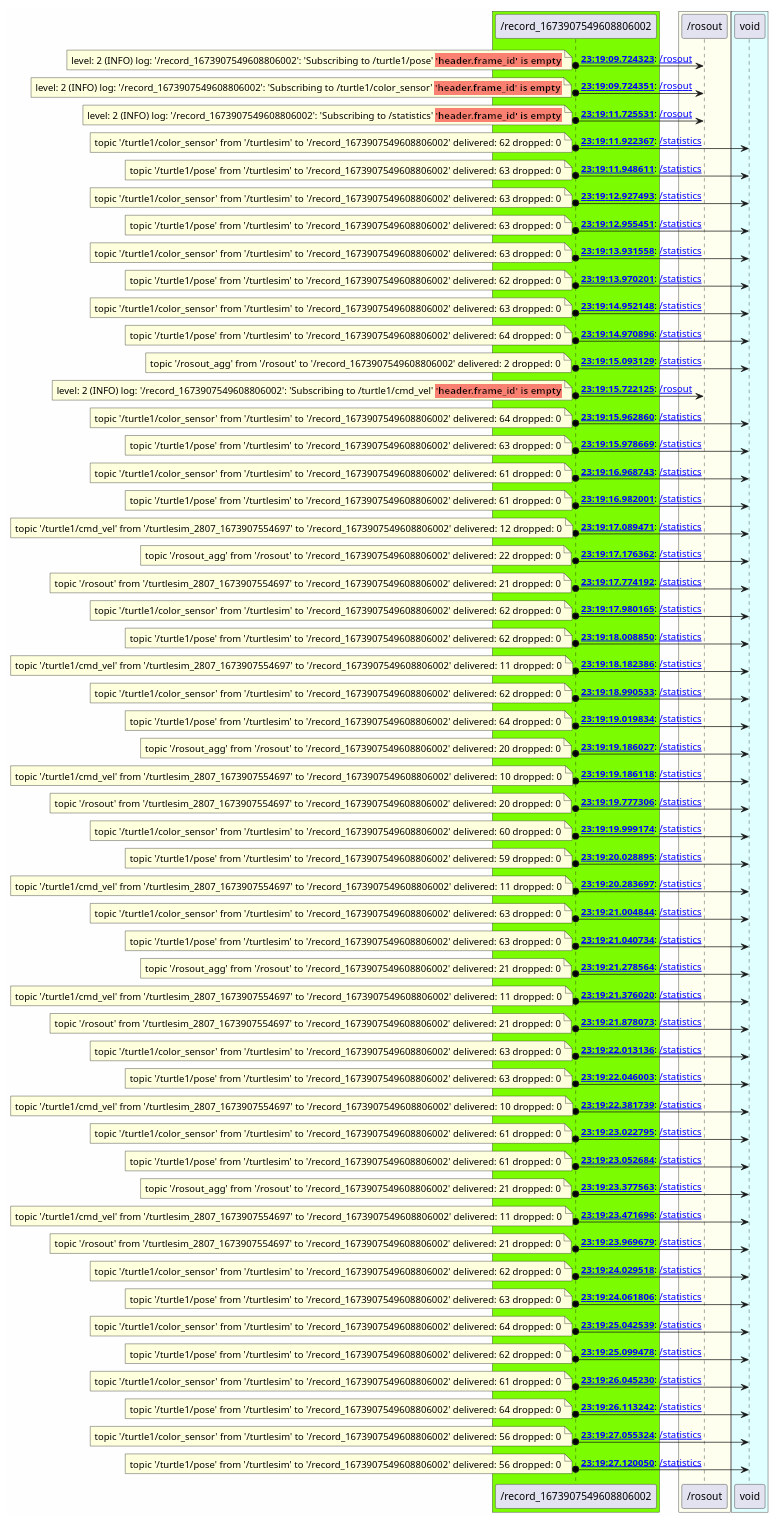
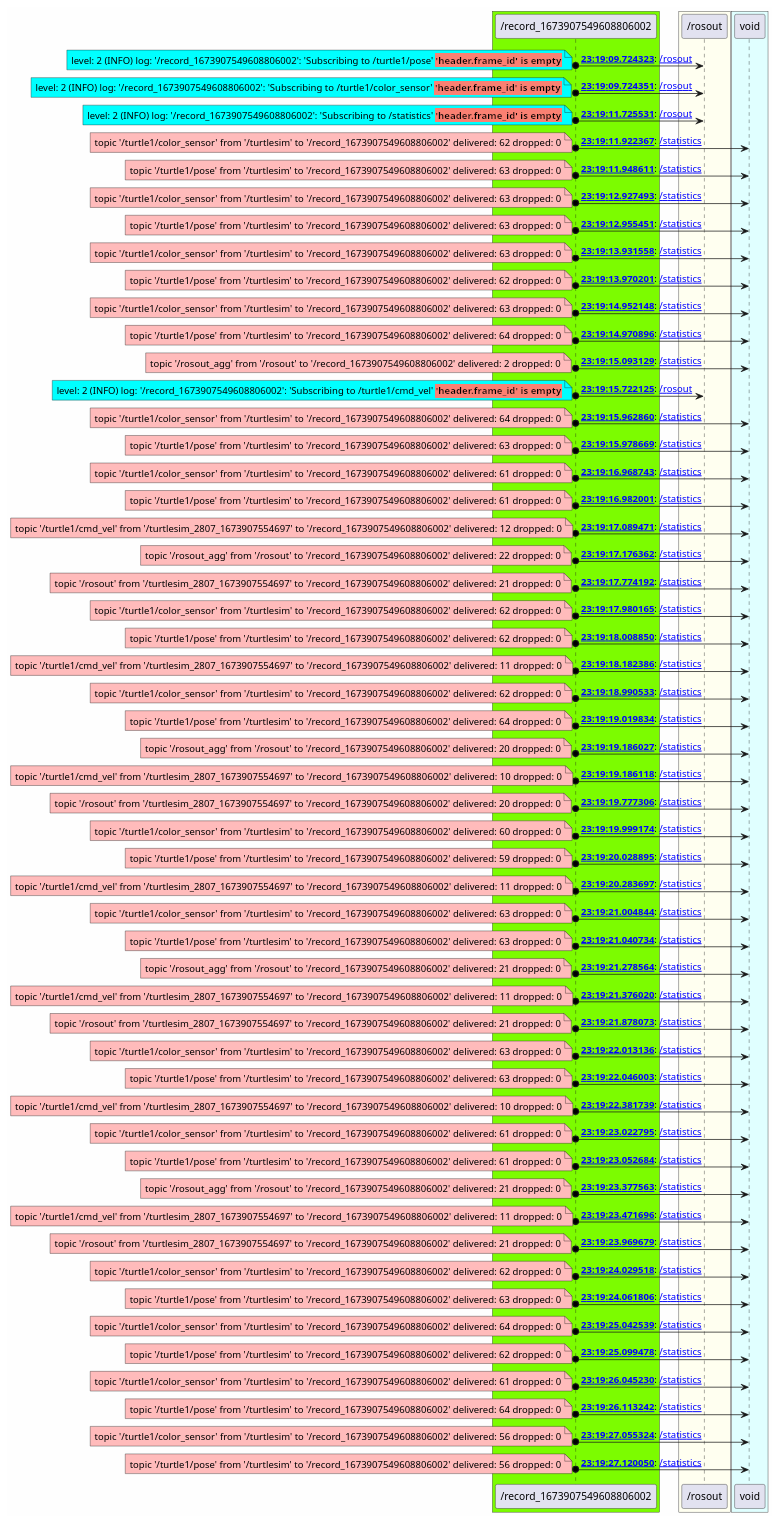
Before and after one commit to anetczuk/ros-diagram-tools: the diagram in examples/turtlesim/rosbag/out/nodes/_record_1673907549608806002.puml, drawn with PlantUML. The commit also changed 345 other files, not shown here.

```diff
--- a/examples/turtlesim/rosbag/out/nodes/_record_1673907549608806002.puml
+++ b/examples/turtlesim/rosbag/out/nodes/_record_1673907549608806002.puml
@@ -13,211 +13,211 @@
 end box
 
 _record_1673907549608806002 o-> _rosout : **[[../msgs/0000000_msg.html {message data} 23:19:09.724323]]**: [[../topics/_rosout.html {topic data} /rosout]]
-note left
+note left #aqua
 level: 2 (INFO) log: '/record_1673907549608806002': 'Subscribing to /turtle1/pose' <b><back:salmon>'header.frame_id' is empty</back></b>
 end note
 _record_1673907549608806002 o-> _rosout : **[[../msgs/0000001_msg.html {message data} 23:19:09.724351]]**: [[../topics/_rosout.html {topic data} /rosout]]
-note left
+note left #aqua
 level: 2 (INFO) log: '/record_1673907549608806002': 'Subscribing to /turtle1/color_sensor' <b><back:salmon>'header.frame_id' is empty</back></b>
 end note
 _record_1673907549608806002 o-> _rosout : **[[../msgs/0000228_msg.html {message data} 23:19:11.725531]]**: [[../topics/_rosout.html {topic data} /rosout]]
-note left
+note left #aqua
 level: 2 (INFO) log: '/record_1673907549608806002': 'Subscribing to /statistics' <b><back:salmon>'header.frame_id' is empty</back></b>
 end note
 _record_1673907549608806002 o-> void : **[[../msgs/0000254_msg.html {message data} 23:19:11.922367]]**: [[../topics/_statistics.html {topic data} /statistics]]
-note left
+note left #FFBBBB
 topic '/turtle1/color_sensor' from '/turtlesim' to '/record_1673907549608806002' delivered: 62 dropped: 0
 end note
 _record_1673907549608806002 o-> void : **[[../msgs/0000259_msg.html {message data} 23:19:11.948611]]**: [[../topics/_statistics.html {topic data} /statistics]]
-note left
+note left #FFBBBB
 topic '/turtle1/pose' from '/turtlesim' to '/record_1673907549608806002' delivered: 63 dropped: 0
 end note
 _record_1673907549608806002 o-> void : **[[../msgs/0000382_msg.html {message data} 23:19:12.927493]]**: [[../topics/_statistics.html {topic data} /statistics]]
-note left
+note left #FFBBBB
 topic '/turtle1/color_sensor' from '/turtlesim' to '/record_1673907549608806002' delivered: 63 dropped: 0
 end note
 _record_1673907549608806002 o-> void : **[[../msgs/0000387_msg.html {message data} 23:19:12.955451]]**: [[../topics/_statistics.html {topic data} /statistics]]
-note left
+note left #FFBBBB
 topic '/turtle1/pose' from '/turtlesim' to '/record_1673907549608806002' delivered: 63 dropped: 0
 end note
 _record_1673907549608806002 o-> void : **[[../msgs/0000510_msg.html {message data} 23:19:13.931558]]**: [[../topics/_statistics.html {topic data} /statistics]]
-note left
+note left #FFBBBB
 topic '/turtle1/color_sensor' from '/turtlesim' to '/record_1673907549608806002' delivered: 63 dropped: 0
 end note
 _record_1673907549608806002 o-> void : **[[../msgs/0000515_msg.html {message data} 23:19:13.970201]]**: [[../topics/_statistics.html {topic data} /statistics]]
-note left
+note left #FFBBBB
 topic '/turtle1/pose' from '/turtlesim' to '/record_1673907549608806002' delivered: 62 dropped: 0
 end note
 _record_1673907549608806002 o-> void : **[[../msgs/0000638_msg.html {message data} 23:19:14.952148]]**: [[../topics/_statistics.html {topic data} /statistics]]
-note left
+note left #FFBBBB
 topic '/turtle1/color_sensor' from '/turtlesim' to '/record_1673907549608806002' delivered: 63 dropped: 0
 end note
 _record_1673907549608806002 o-> void : **[[../msgs/0000643_msg.html {message data} 23:19:14.970896]]**: [[../topics/_statistics.html {topic data} /statistics]]
-note left
+note left #FFBBBB
 topic '/turtle1/pose' from '/turtlesim' to '/record_1673907549608806002' delivered: 64 dropped: 0
 end note
 _record_1673907549608806002 o-> void : **[[../msgs/0000660_msg.html {message data} 23:19:15.093129]]**: [[../topics/_statistics.html {topic data} /statistics]]
-note left
+note left #FFBBBB
 topic '/rosout_agg' from '/rosout' to '/record_1673907549608806002' delivered: 2 dropped: 0
 end note
 _record_1673907549608806002 o-> _rosout : **[[../msgs/0000751_msg.html {message data} 23:19:15.722125]]**: [[../topics/_rosout.html {topic data} /rosout]]
-note left
+note left #aqua
 level: 2 (INFO) log: '/record_1673907549608806002': 'Subscribing to /turtle1/cmd_vel' <b><back:salmon>'header.frame_id' is empty</back></b>
 end note
 _record_1673907549608806002 o-> void : **[[../msgs/0000789_msg.html {message data} 23:19:15.962860]]**: [[../topics/_statistics.html {topic data} /statistics]]
-note left
+note left #FFBBBB
 topic '/turtle1/color_sensor' from '/turtlesim' to '/record_1673907549608806002' delivered: 64 dropped: 0
 end note
 _record_1673907549608806002 o-> void : **[[../msgs/0000795_msg.html {message data} 23:19:15.978669]]**: [[../topics/_statistics.html {topic data} /statistics]]
-note left
+note left #FFBBBB
 topic '/turtle1/pose' from '/turtlesim' to '/record_1673907549608806002' delivered: 63 dropped: 0
 end note
 _record_1673907549608806002 o-> void : **[[../msgs/0000943_msg.html {message data} 23:19:16.968743]]**: [[../topics/_statistics.html {topic data} /statistics]]
-note left
+note left #FFBBBB
 topic '/turtle1/color_sensor' from '/turtlesim' to '/record_1673907549608806002' delivered: 61 dropped: 0
 end note
 _record_1673907549608806002 o-> void : **[[../msgs/0000949_msg.html {message data} 23:19:16.982001]]**: [[../topics/_statistics.html {topic data} /statistics]]
-note left
+note left #FFBBBB
 topic '/turtle1/pose' from '/turtlesim' to '/record_1673907549608806002' delivered: 61 dropped: 0
 end note
 _record_1673907549608806002 o-> void : **[[../msgs/0000964_msg.html {message data} 23:19:17.089471]]**: [[../topics/_statistics.html {topic data} /statistics]]
-note left
+note left #FFBBBB
 topic '/turtle1/cmd_vel' from '/turtlesim_2807_1673907554697' to '/record_1673907549608806002' delivered: 12 dropped: 0
 end note
 _record_1673907549608806002 o-> void : **[[../msgs/0000981_msg.html {message data} 23:19:17.176362]]**: [[../topics/_statistics.html {topic data} /statistics]]
-note left
+note left #FFBBBB
 topic '/rosout_agg' from '/rosout' to '/record_1673907549608806002' delivered: 22 dropped: 0
 end note
 _record_1673907549608806002 o-> void : **[[../msgs/0001070_msg.html {message data} 23:19:17.774192]]**: [[../topics/_statistics.html {topic data} /statistics]]
-note left
+note left #FFBBBB
 topic '/rosout' from '/turtlesim_2807_1673907554697' to '/record_1673907549608806002' delivered: 21 dropped: 0
 end note
 _record_1673907549608806002 o-> void : **[[../msgs/0001105_msg.html {message data} 23:19:17.980165]]**: [[../topics/_statistics.html {topic data} /statistics]]
-note left
+note left #FFBBBB
 topic '/turtle1/color_sensor' from '/turtlesim' to '/record_1673907549608806002' delivered: 62 dropped: 0
 end note
 _record_1673907549608806002 o-> void : **[[../msgs/0001108_msg.html {message data} 23:19:18.008850]]**: [[../topics/_statistics.html {topic data} /statistics]]
-note left
+note left #FFBBBB
 topic '/turtle1/pose' from '/turtlesim' to '/record_1673907549608806002' delivered: 62 dropped: 0
 end note
 _record_1673907549608806002 o-> void : **[[../msgs/0001137_msg.html {message data} 23:19:18.182386]]**: [[../topics/_statistics.html {topic data} /statistics]]
-note left
+note left #FFBBBB
 topic '/turtle1/cmd_vel' from '/turtlesim_2807_1673907554697' to '/record_1673907549608806002' delivered: 11 dropped: 0
 end note
 _record_1673907549608806002 o-> void : **[[../msgs/0001263_msg.html {message data} 23:19:18.990533]]**: [[../topics/_statistics.html {topic data} /statistics]]
-note left
+note left #FFBBBB
 topic '/turtle1/color_sensor' from '/turtlesim' to '/record_1673907549608806002' delivered: 62 dropped: 0
 end note
 _record_1673907549608806002 o-> void : **[[../msgs/0001269_msg.html {message data} 23:19:19.019834]]**: [[../topics/_statistics.html {topic data} /statistics]]
-note left
+note left #FFBBBB
 topic '/turtle1/pose' from '/turtlesim' to '/record_1673907549608806002' delivered: 64 dropped: 0
 end note
 _record_1673907549608806002 o-> void : **[[../msgs/0001292_msg.html {message data} 23:19:19.186027]]**: [[../topics/_statistics.html {topic data} /statistics]]
-note left
+note left #FFBBBB
 topic '/rosout_agg' from '/rosout' to '/record_1673907549608806002' delivered: 20 dropped: 0
 end note
 _record_1673907549608806002 o-> void : **[[../msgs/0001293_msg.html {message data} 23:19:19.186118]]**: [[../topics/_statistics.html {topic data} /statistics]]
-note left
+note left #FFBBBB
 topic '/turtle1/cmd_vel' from '/turtlesim_2807_1673907554697' to '/record_1673907549608806002' delivered: 10 dropped: 0
 end note
 _record_1673907549608806002 o-> void : **[[../msgs/0001380_msg.html {message data} 23:19:19.777306]]**: [[../topics/_statistics.html {topic data} /statistics]]
-note left
+note left #FFBBBB
 topic '/rosout' from '/turtlesim_2807_1673907554697' to '/record_1673907549608806002' delivered: 20 dropped: 0
 end note
 _record_1673907549608806002 o-> void : **[[../msgs/0001417_msg.html {message data} 23:19:19.999174]]**: [[../topics/_statistics.html {topic data} /statistics]]
-note left
+note left #FFBBBB
 topic '/turtle1/color_sensor' from '/turtlesim' to '/record_1673907549608806002' delivered: 60 dropped: 0
 end note
 _record_1673907549608806002 o-> void : **[[../msgs/0001422_msg.html {message data} 23:19:20.028895]]**: [[../topics/_statistics.html {topic data} /statistics]]
-note left
+note left #FFBBBB
 topic '/turtle1/pose' from '/turtlesim' to '/record_1673907549608806002' delivered: 59 dropped: 0
 end note
 _record_1673907549608806002 o-> void : **[[../msgs/0001460_msg.html {message data} 23:19:20.283697]]**: [[../topics/_statistics.html {topic data} /statistics]]
-note left
+note left #FFBBBB
 topic '/turtle1/cmd_vel' from '/turtlesim_2807_1673907554697' to '/record_1673907549608806002' delivered: 11 dropped: 0
 end note
 _record_1673907549608806002 o-> void : **[[../msgs/0001576_msg.html {message data} 23:19:21.004844]]**: [[../topics/_statistics.html {topic data} /statistics]]
-note left
+note left #FFBBBB
 topic '/turtle1/color_sensor' from '/turtlesim' to '/record_1673907549608806002' delivered: 63 dropped: 0
 end note
 _record_1673907549608806002 o-> void : **[[../msgs/0001581_msg.html {message data} 23:19:21.040734]]**: [[../topics/_statistics.html {topic data} /statistics]]
-note left
+note left #FFBBBB
 topic '/turtle1/pose' from '/turtlesim' to '/record_1673907549608806002' delivered: 63 dropped: 0
 end note
 _record_1673907549608806002 o-> void : **[[../msgs/0001621_msg.html {message data} 23:19:21.278564]]**: [[../topics/_statistics.html {topic data} /statistics]]
-note left
+note left #FFBBBB
 topic '/rosout_agg' from '/rosout' to '/record_1673907549608806002' delivered: 21 dropped: 0
 end note
 _record_1673907549608806002 o-> void : **[[../msgs/0001637_msg.html {message data} 23:19:21.376020]]**: [[../topics/_statistics.html {topic data} /statistics]]
-note left
+note left #FFBBBB
 topic '/turtle1/cmd_vel' from '/turtlesim_2807_1673907554697' to '/record_1673907549608806002' delivered: 11 dropped: 0
 end note
 _record_1673907549608806002 o-> void : **[[../msgs/0001715_msg.html {message data} 23:19:21.878073]]**: [[../topics/_statistics.html {topic data} /statistics]]
-note left
+note left #FFBBBB
 topic '/rosout' from '/turtlesim_2807_1673907554697' to '/record_1673907549608806002' delivered: 21 dropped: 0
 end note
 _record_1673907549608806002 o-> void : **[[../msgs/0001737_msg.html {message data} 23:19:22.013136]]**: [[../topics/_statistics.html {topic data} /statistics]]
-note left
+note left #FFBBBB
 topic '/turtle1/color_sensor' from '/turtlesim' to '/record_1673907549608806002' delivered: 63 dropped: 0
 end note
 _record_1673907549608806002 o-> void : **[[../msgs/0001742_msg.html {message data} 23:19:22.046003]]**: [[../topics/_statistics.html {topic data} /statistics]]
-note left
+note left #FFBBBB
 topic '/turtle1/pose' from '/turtlesim' to '/record_1673907549608806002' delivered: 63 dropped: 0
 end note
 _record_1673907549608806002 o-> void : **[[../msgs/0001793_msg.html {message data} 23:19:22.381739]]**: [[../topics/_statistics.html {topic data} /statistics]]
-note left
+note left #FFBBBB
 topic '/turtle1/cmd_vel' from '/turtlesim_2807_1673907554697' to '/record_1673907549608806002' delivered: 10 dropped: 0
 end note
 _record_1673907549608806002 o-> void : **[[../msgs/0001892_msg.html {message data} 23:19:23.022795]]**: [[../topics/_statistics.html {topic data} /statistics]]
-note left
+note left #FFBBBB
 topic '/turtle1/color_sensor' from '/turtlesim' to '/record_1673907549608806002' delivered: 61 dropped: 0
 end note
 _record_1673907549608806002 o-> void : **[[../msgs/0001897_msg.html {message data} 23:19:23.052684]]**: [[../topics/_statistics.html {topic data} /statistics]]
-note left
+note left #FFBBBB
 topic '/turtle1/pose' from '/turtlesim' to '/record_1673907549608806002' delivered: 61 dropped: 0
 end note
 _record_1673907549608806002 o-> void : **[[../msgs/0001950_msg.html {message data} 23:19:23.377563]]**: [[../topics/_statistics.html {topic data} /statistics]]
-note left
+note left #FFBBBB
 topic '/rosout_agg' from '/rosout' to '/record_1673907549608806002' delivered: 21 dropped: 0
 end note
 _record_1673907549608806002 o-> void : **[[../msgs/0001966_msg.html {message data} 23:19:23.471696]]**: [[../topics/_statistics.html {topic data} /statistics]]
-note left
+note left #FFBBBB
 topic '/turtle1/cmd_vel' from '/turtlesim_2807_1673907554697' to '/record_1673907549608806002' delivered: 11 dropped: 0
 end note
 _record_1673907549608806002 o-> void : **[[../msgs/0002043_msg.html {message data} 23:19:23.969679]]**: [[../topics/_statistics.html {topic data} /statistics]]
-note left
+note left #FFBBBB
 topic '/rosout' from '/turtlesim_2807_1673907554697' to '/record_1673907549608806002' delivered: 21 dropped: 0
 end note
 _record_1673907549608806002 o-> void : **[[../msgs/0002053_msg.html {message data} 23:19:24.029518]]**: [[../topics/_statistics.html {topic data} /statistics]]
-note left
+note left #FFBBBB
 topic '/turtle1/color_sensor' from '/turtlesim' to '/record_1673907549608806002' delivered: 62 dropped: 0
 end note
 _record_1673907549608806002 o-> void : **[[../msgs/0002058_msg.html {message data} 23:19:24.061806]]**: [[../topics/_statistics.html {topic data} /statistics]]
-note left
+note left #FFBBBB
 topic '/turtle1/pose' from '/turtlesim' to '/record_1673907549608806002' delivered: 63 dropped: 0
 end note
 _record_1673907549608806002 o-> void : **[[../msgs/0002187_msg.html {message data} 23:19:25.042539]]**: [[../topics/_statistics.html {topic data} /statistics]]
-note left
+note left #FFBBBB
 topic '/turtle1/color_sensor' from '/turtlesim' to '/record_1673907549608806002' delivered: 64 dropped: 0
 end note
 _record_1673907549608806002 o-> void : **[[../msgs/0002190_msg.html {message data} 23:19:25.099478]]**: [[../topics/_statistics.html {topic data} /statistics]]
-note left
+note left #FFBBBB
 topic '/turtle1/pose' from '/turtlesim' to '/record_1673907549608806002' delivered: 62 dropped: 0
 end note
 _record_1673907549608806002 o-> void : **[[../msgs/0002311_msg.html {message data} 23:19:26.045230]]**: [[../topics/_statistics.html {topic data} /statistics]]
-note left
+note left #FFBBBB
 topic '/turtle1/color_sensor' from '/turtlesim' to '/record_1673907549608806002' delivered: 61 dropped: 0
 end note
 _record_1673907549608806002 o-> void : **[[../msgs/0002320_msg.html {message data} 23:19:26.113242]]**: [[../topics/_statistics.html {topic data} /statistics]]
-note left
+note left #FFBBBB
 topic '/turtle1/pose' from '/turtlesim' to '/record_1673907549608806002' delivered: 64 dropped: 0
 end note
 _record_1673907549608806002 o-> void : **[[../msgs/0002425_msg.html {message data} 23:19:27.055324]]**: [[../topics/_statistics.html {topic data} /statistics]]
-note left
+note left #FFBBBB
 topic '/turtle1/color_sensor' from '/turtlesim' to '/record_1673907549608806002' delivered: 56 dropped: 0
 end note
 _record_1673907549608806002 o-> void : **[[../msgs/0002434_msg.html {message data} 23:19:27.120050]]**: [[../topics/_statistics.html {topic data} /statistics]]
-note left
+note left #FFBBBB
 topic '/turtle1/pose' from '/turtlesim' to '/record_1673907549608806002' delivered: 56 dropped: 0
 end note
 
```
